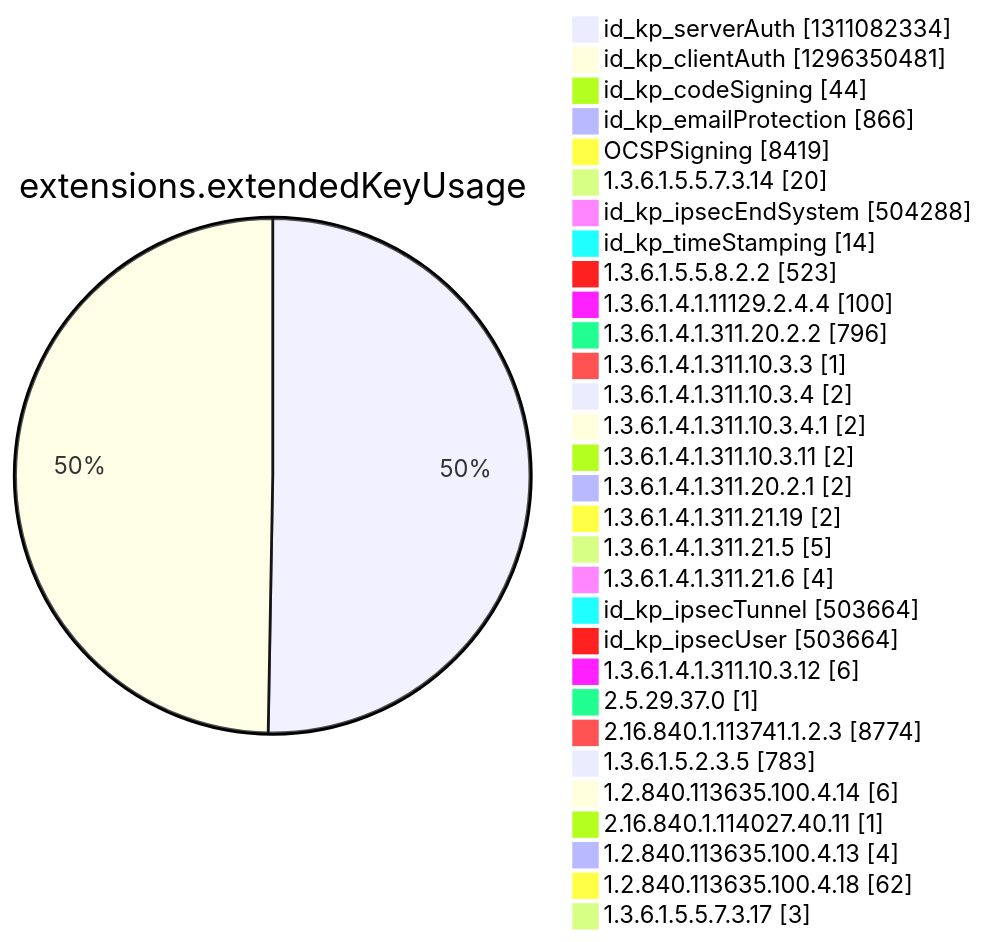
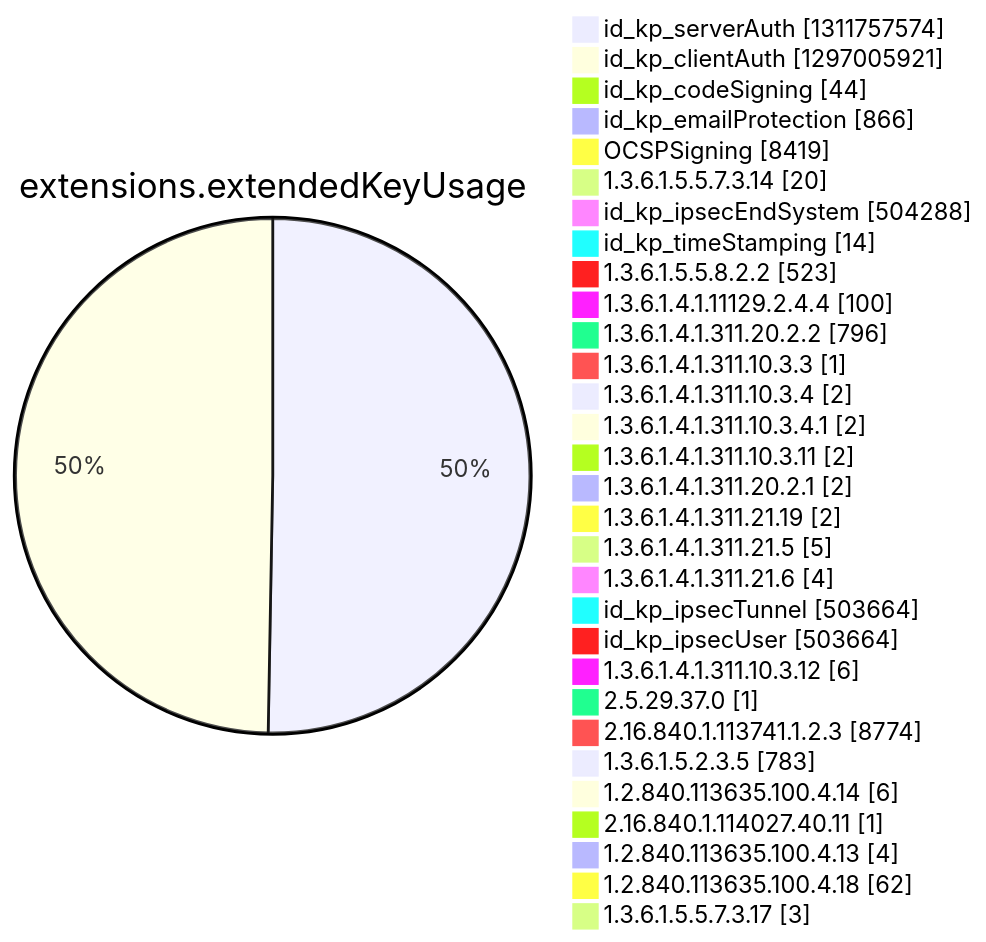
One commit to christiankrug/ctmonitor_visualization changed diagram 12 of 15 in argon2022/README.md. Above: the diagram before and after it, drawn with Mermaid. The commit also changed other lines of this file, not shown here.

````diff
--- a/argon2022/README.md
+++ b/argon2022/README.md
@@ -3552,34 +3552,34 @@
 ```mermaid
 pie showData
 title extensions.extendedKeyUsage
-"id_kp_serverAuth" :1311082334
-"id_kp_clientAuth" :1296350481
+"id_kp_serverAuth" :1311757574
+"id_kp_clientAuth" :1297005921
 "id_kp_codeSigning" :44
 "id_kp_emailProtection" :866
 "OCSPSigning" :8419
 "1.3.6.1.5.5.7.3.14" :20
 "id_kp_ipsecEndSystem" :504288
 "id_kp_timeStamping" :14
 "1.3.6.1.5.5.8.2.2" :523
 "1.3.6.1.4.1.11129.2.4.4" :100
 "1.3.6.1.4.1.311.20.2.2" :796
 "1.3.6.1.4.1.311.10.3.3" :1
 "1.3.6.1.4.1.311.10.3.4" :2
 "1.3.6.1.4.1.311.10.3.4.1" :2
 "1.3.6.1.4.1.311.10.3.11" :2
 "1.3.6.1.4.1.311.20.2.1" :2
 "1.3.6.1.4.1.311.21.19" :2
 "1.3.6.1.4.1.311.21.5" :5
 "1.3.6.1.4.1.311.21.6" :4
 "id_kp_ipsecTunnel" :503664
 "id_kp_ipsecUser" :503664
 "1.3.6.1.4.1.311.10.3.12" :6
 "2.5.29.37.0" :1
 "2.16.840.1.113741.1.2.3" :8774
 "1.3.6.1.5.2.3.5" :783
 "1.2.840.113635.100.4.14" :6
 "2.16.840.1.114027.40.11" :1
 "1.2.840.113635.100.4.13" :4
 "1.2.840.113635.100.4.18" :62
 "1.3.6.1.5.5.7.3.17" :3
 ```
````
